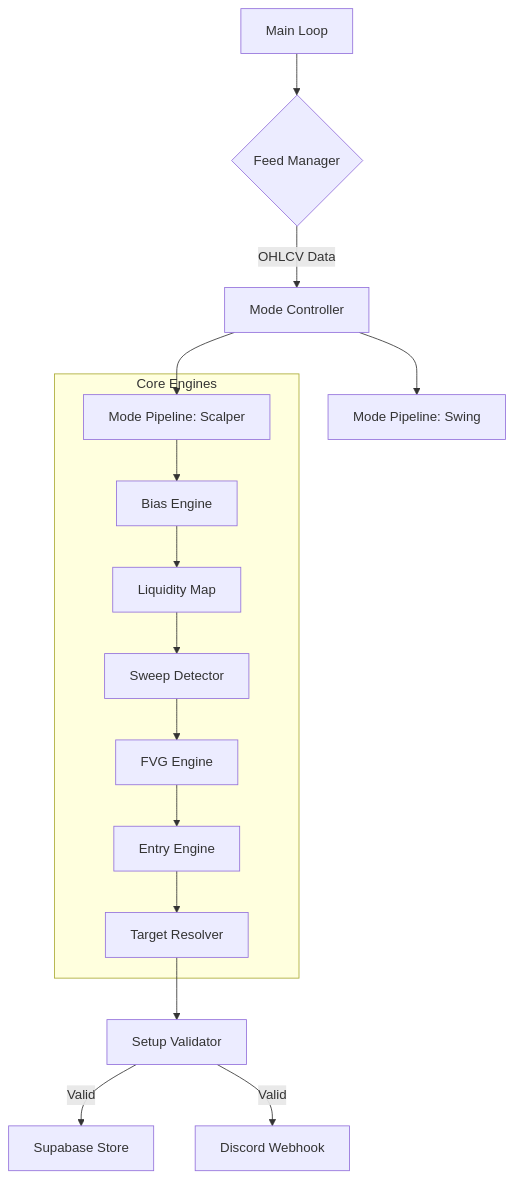
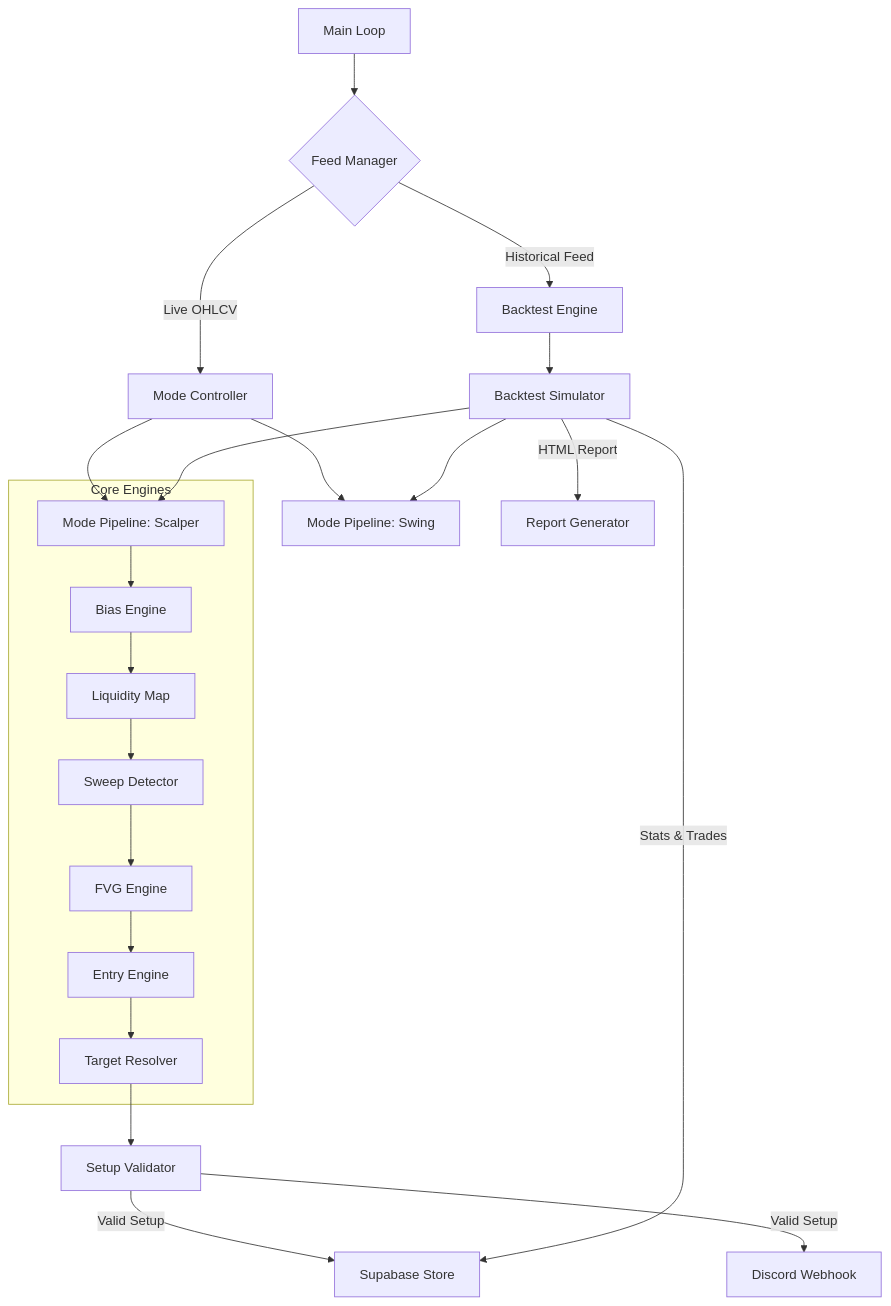
The diagram in README.md (dubeyshantanu2/PHANTOM), drawn with Mermaid before and after one commit. The commit also changed other lines of this file and 26 other files, not shown here.

Commit message:
feat: implement backtest documentation system and update project architecture documentation

````diff
--- a/README.md
+++ b/README.md
@@ -12,20 +12,28 @@
 ```mermaid
 graph TD
     A[Main Loop] --> B{Feed Manager}
-    B -->|OHLCV Data| C[Mode Controller]
+    B -->|Live OHLCV| C[Mode Controller]
+    B -->|Historical Feed| BT[Backtest Engine]
+    
     C --> D[Mode Pipeline: Scalper]
     C --> E[Mode Pipeline: Swing]
+    
+    BT --> S[Backtest Simulator]
+    S --> D
+    S --> E
     
     subgraph "Core Engines"
         D --> F[Bias Engine]
         F --> G[Liquidity Map]
         G --> H[Sweep Detector]
         H --> I[FVG Engine]
         I --> J[Entry Engine]
         J --> K[Target Resolver]
     end
     
     K --> L[Setup Validator]
-    L -->|Valid| M[Supabase Store]
-    L -->|Valid| N[Discord Webhook]
+    L -->|Valid Setup| M[Supabase Store]
+    L -->|Valid Setup| N[Discord Webhook]
+    S -->|Stats & Trades| M
+    S -->|HTML Report| R[Report Generator]
 ```
````
